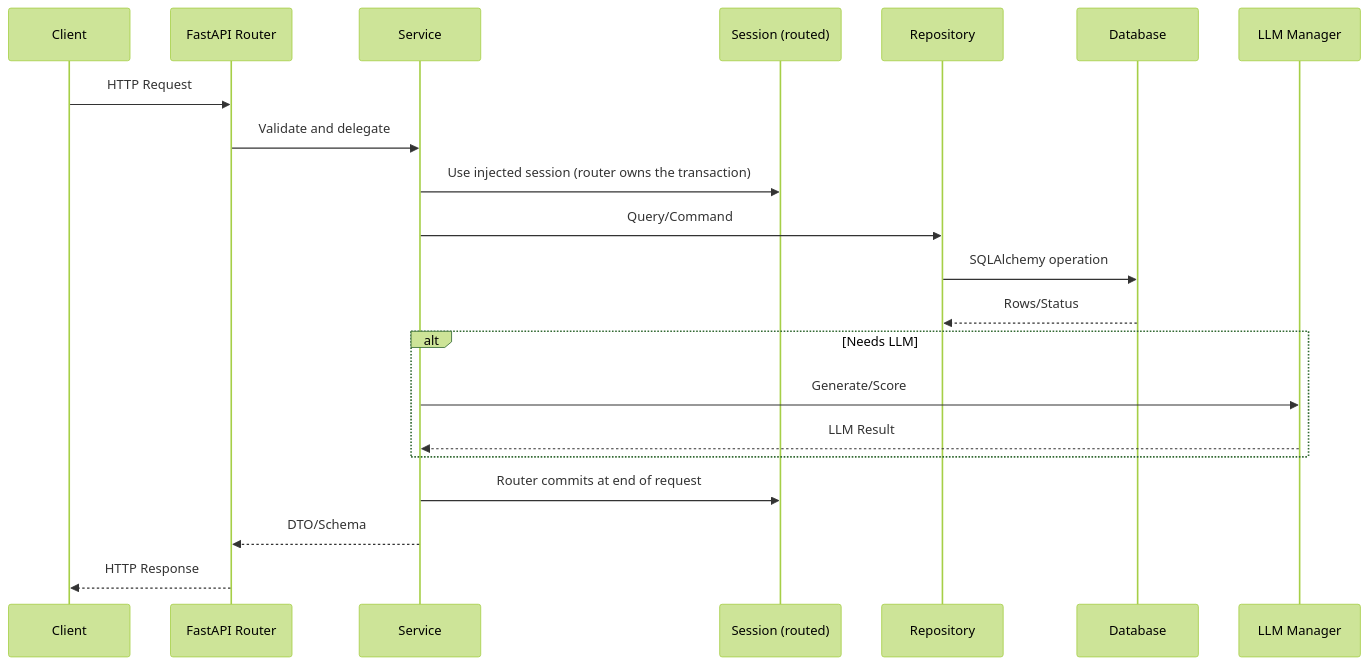
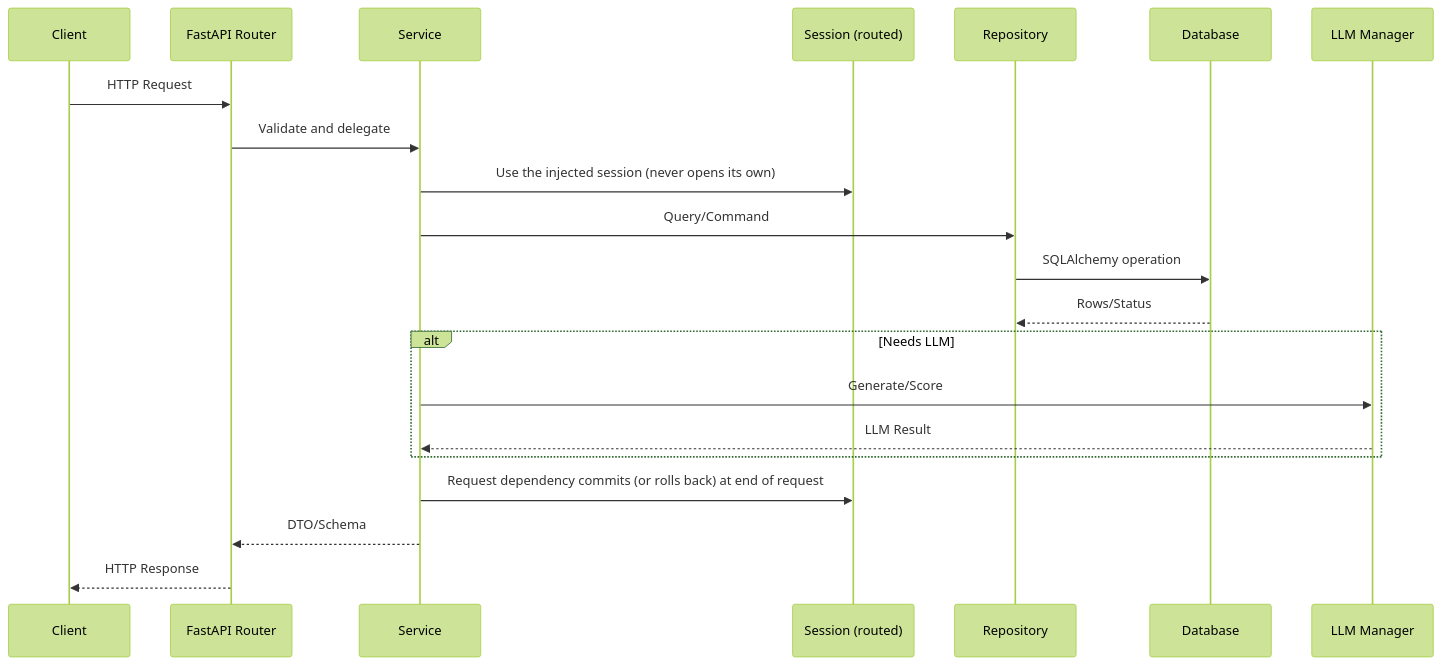
One commit to databrickslabs/kasal changed the first of 2 diagrams in src/docs/DEVELOPER_GUIDE.md. Above: the diagram before and after it, drawn with Mermaid (forest theme). The commit also changed other lines of this file and 8 other files, not shown here.

````diff
--- a/src/docs/DEVELOPER_GUIDE.md
+++ b/src/docs/DEVELOPER_GUIDE.md
@@ -49,24 +49,24 @@
 ```mermaid
 sequenceDiagram
     participant C as Client
     participant R as FastAPI Router
     participant S as Service
     participant U as Session (routed)
     participant Repo as Repository
     participant DB as Database
     participant L as LLM Manager
 
     C->>R: HTTP Request
     R->>S: Validate and delegate
-    S->>U: Use injected session (router owns the transaction)
+    S->>U: Use the injected session (never opens its own)
     S->>Repo: Query/Command
     Repo->>DB: SQLAlchemy operation
     DB-->>Repo: Rows/Status
     alt Needs LLM
         S->>L: Generate/Score
         L-->>S: LLM Result
     end
-    S->>U: Router commits at end of request
+    S->>U: Request dependency commits (or rolls back) at end of request
     S-->>R: DTO/Schema
     R-->>C: HTTP Response
 ```
````
